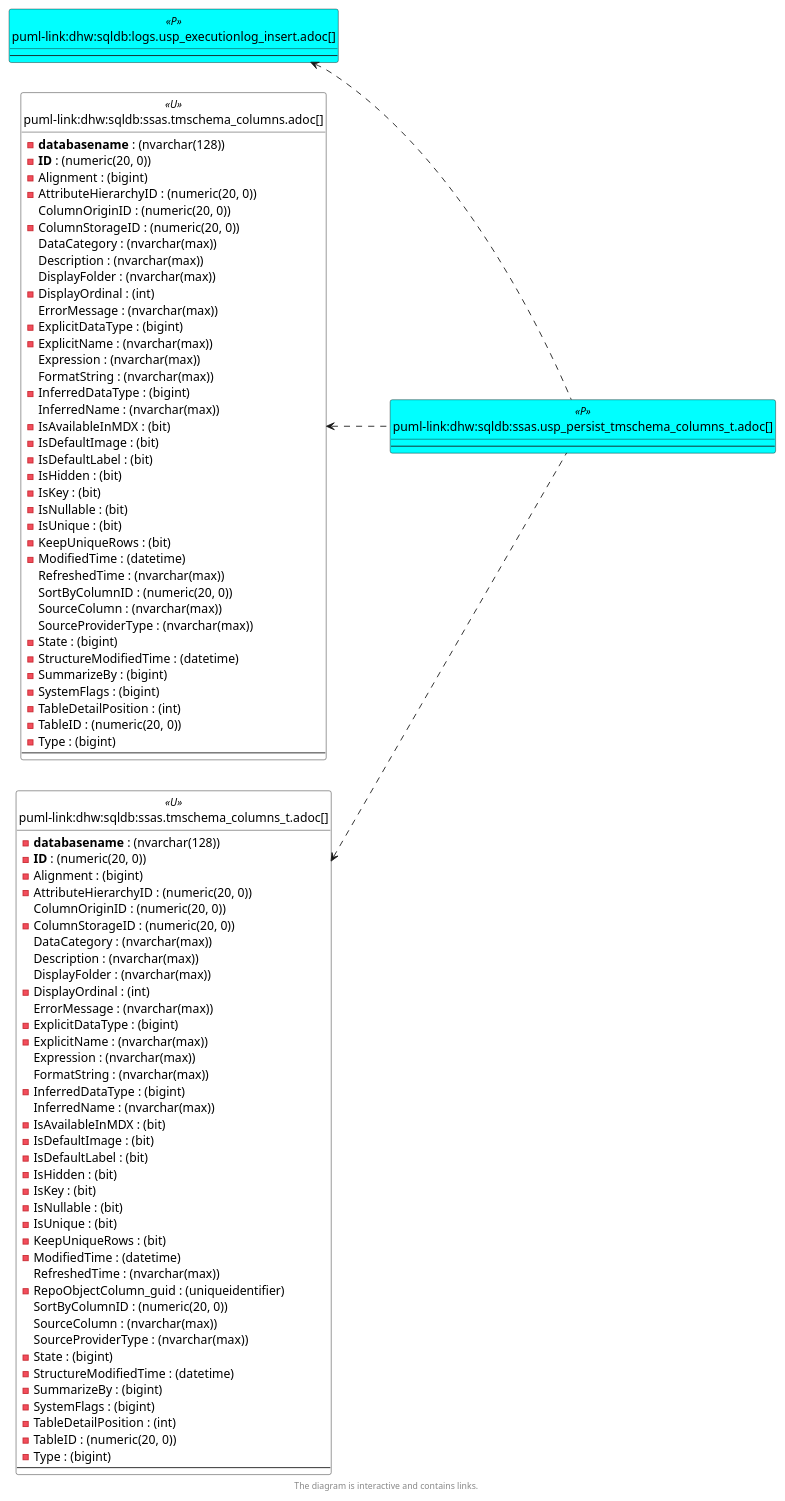
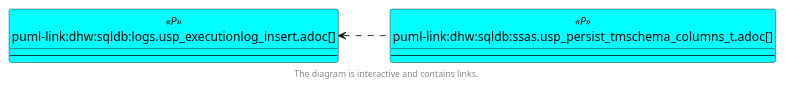
The sixth of 6 diagrams in docs/modules/sqldb/partials/content/ssas.usp_persist_tmschema_columns_t.adoc (DataHandwerk/dhw-antora-sqldb), drawn with PlantUML before and after one commit. The commit also changed other lines of this file and 751 other files, not shown here.

```diff
--- a/docs/modules/sqldb/partials/content/ssas.usp_persist_tmschema_columns_t.adoc
+++ b/docs/modules/sqldb/partials/content/ssas.usp_persist_tmschema_columns_t.adoc
@@ -961,96 +927,11 @@
   --
 }
 
-entity "puml-link:dhw:sqldb:ssas.tmschema_columns.adoc[]" as ssas.TMSCHEMA_COLUMNS << U >> {
-  - **databasename** : (nvarchar(128))
-  - **ID** : (numeric(20, 0))
-  - Alignment : (bigint)
-  - AttributeHierarchyID : (numeric(20, 0))
-  ColumnOriginID : (numeric(20, 0))
-  - ColumnStorageID : (numeric(20, 0))
-  DataCategory : (nvarchar(max))
-  Description : (nvarchar(max))
-  DisplayFolder : (nvarchar(max))
-  - DisplayOrdinal : (int)
-  ErrorMessage : (nvarchar(max))
-  - ExplicitDataType : (bigint)
-  - ExplicitName : (nvarchar(max))
-  Expression : (nvarchar(max))
-  FormatString : (nvarchar(max))
-  - InferredDataType : (bigint)
-  InferredName : (nvarchar(max))
-  - IsAvailableInMDX : (bit)
-  - IsDefaultImage : (bit)
-  - IsDefaultLabel : (bit)
-  - IsHidden : (bit)
-  - IsKey : (bit)
-  - IsNullable : (bit)
-  - IsUnique : (bit)
-  - KeepUniqueRows : (bit)
-  - ModifiedTime : (datetime)
-  RefreshedTime : (nvarchar(max))
-  SortByColumnID : (numeric(20, 0))
-  SourceColumn : (nvarchar(max))
-  SourceProviderType : (nvarchar(max))
-  - State : (bigint)
-  - StructureModifiedTime : (datetime)
-  - SummarizeBy : (bigint)
-  - SystemFlags : (bigint)
-  - TableDetailPosition : (int)
-  - TableID : (numeric(20, 0))
-  - Type : (bigint)
-  --
-}
-
-entity "puml-link:dhw:sqldb:ssas.tmschema_columns_t.adoc[]" as ssas.TMSCHEMA_COLUMNS_T << U >> {
-  - **databasename** : (nvarchar(128))
-  - **ID** : (numeric(20, 0))
-  - Alignment : (bigint)
-  - AttributeHierarchyID : (numeric(20, 0))
-  ColumnOriginID : (numeric(20, 0))
-  - ColumnStorageID : (numeric(20, 0))
-  DataCategory : (nvarchar(max))
-  Description : (nvarchar(max))
-  DisplayFolder : (nvarchar(max))
-  - DisplayOrdinal : (int)
-  ErrorMessage : (nvarchar(max))
-  - ExplicitDataType : (bigint)
-  - ExplicitName : (nvarchar(max))
-  Expression : (nvarchar(max))
-  FormatString : (nvarchar(max))
-  - InferredDataType : (bigint)
-  InferredName : (nvarchar(max))
-  - IsAvailableInMDX : (bit)
-  - IsDefaultImage : (bit)
-  - IsDefaultLabel : (bit)
-  - IsHidden : (bit)
-  - IsKey : (bit)
-  - IsNullable : (bit)
-  - IsUnique : (bit)
-  - KeepUniqueRows : (bit)
-  - ModifiedTime : (datetime)
-  RefreshedTime : (nvarchar(max))
-  - RepoObjectColumn_guid : (uniqueidentifier)
-  SortByColumnID : (numeric(20, 0))
-  SourceColumn : (nvarchar(max))
-  SourceProviderType : (nvarchar(max))
-  - State : (bigint)
-  - StructureModifiedTime : (datetime)
-  - SummarizeBy : (bigint)
-  - SystemFlags : (bigint)
-  - TableDetailPosition : (int)
-  - TableID : (numeric(20, 0))
-  - Type : (bigint)
-  --
-}
-
 entity "puml-link:dhw:sqldb:ssas.usp_persist_tmschema_columns_t.adoc[]" as ssas.usp_PERSIST_TMSCHEMA_COLUMNS_T << P >> {
   --
 }
 
 logs.usp_ExecutionLog_insert <.. ssas.usp_PERSIST_TMSCHEMA_COLUMNS_T
-ssas.TMSCHEMA_COLUMNS <.. ssas.usp_PERSIST_TMSCHEMA_COLUMNS_T
-ssas.TMSCHEMA_COLUMNS_T <.. ssas.usp_PERSIST_TMSCHEMA_COLUMNS_T
 
 
 footer The diagram is interactive and contains links.
```
